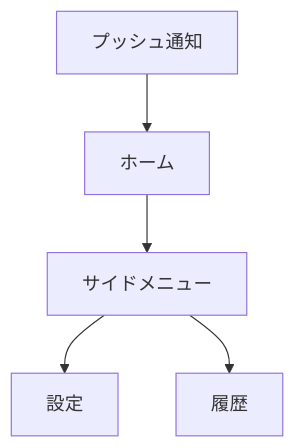
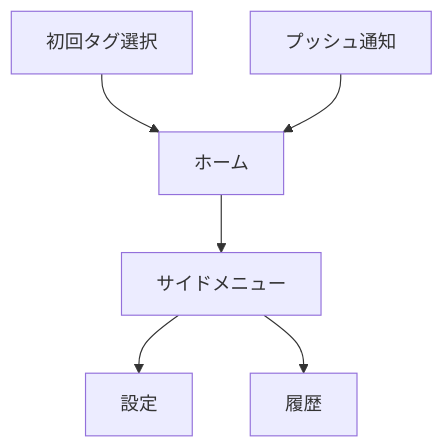
One commit to tokyo-plus/tokyo-plus-spec changed the second of 2 diagrams in basic_design.md. Above: the diagram before and after it, drawn with Mermaid. The commit also changed other lines of this file, not shown here.

````diff
--- a/basic_design.md
+++ b/basic_design.md
@@ -555,12 +647,14 @@
 ```mermaid
 flowchart TD
+  Onboarding[初回タグ選択]
   Home[ホーム]
   Menu[サイドメニュー]
   Settings[設定]
   History[履歴]
+  Onboarding --> Home
   Home --> Menu
   Menu --> Settings
   Menu --> History
   Notification[プッシュ通知]
   Notification --> Home
 ```
````
